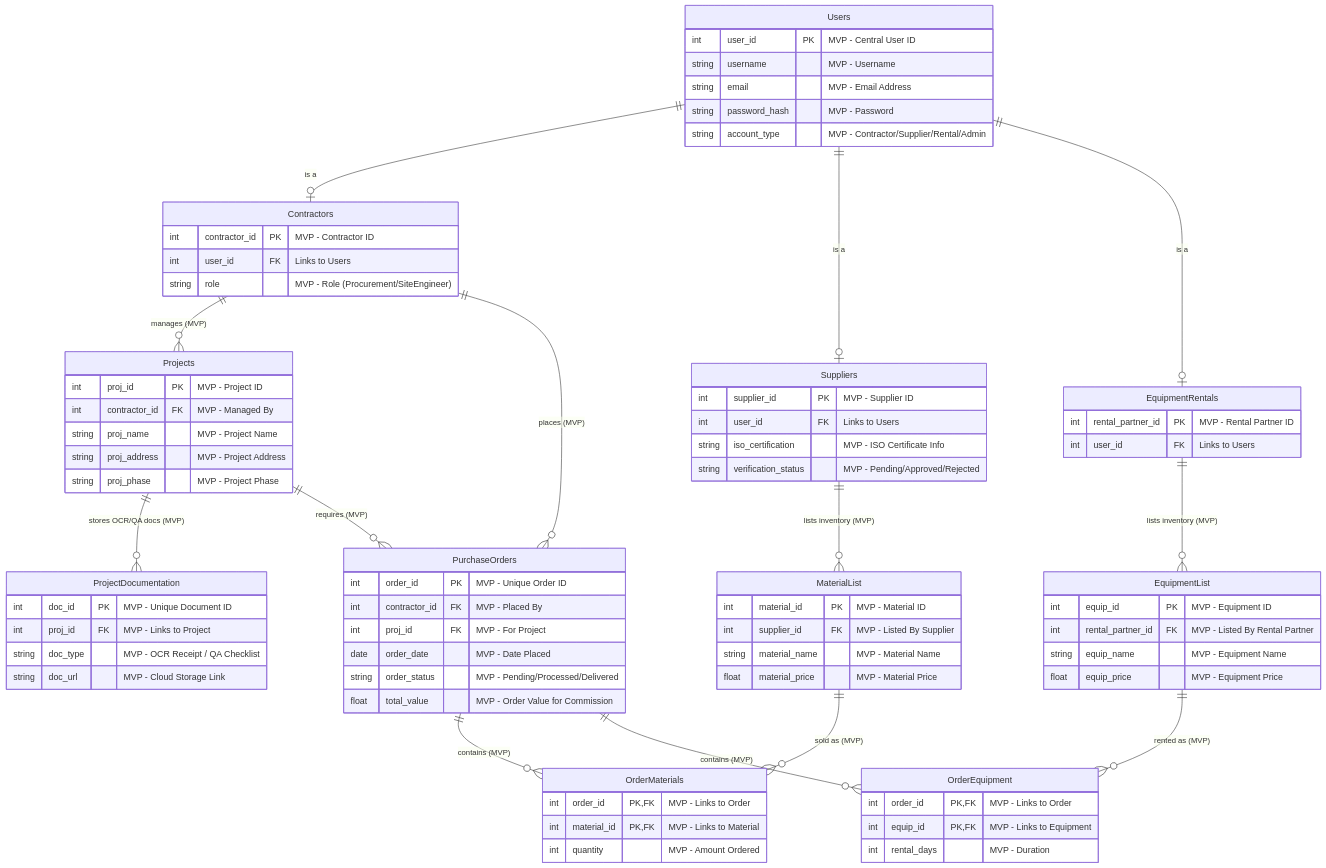
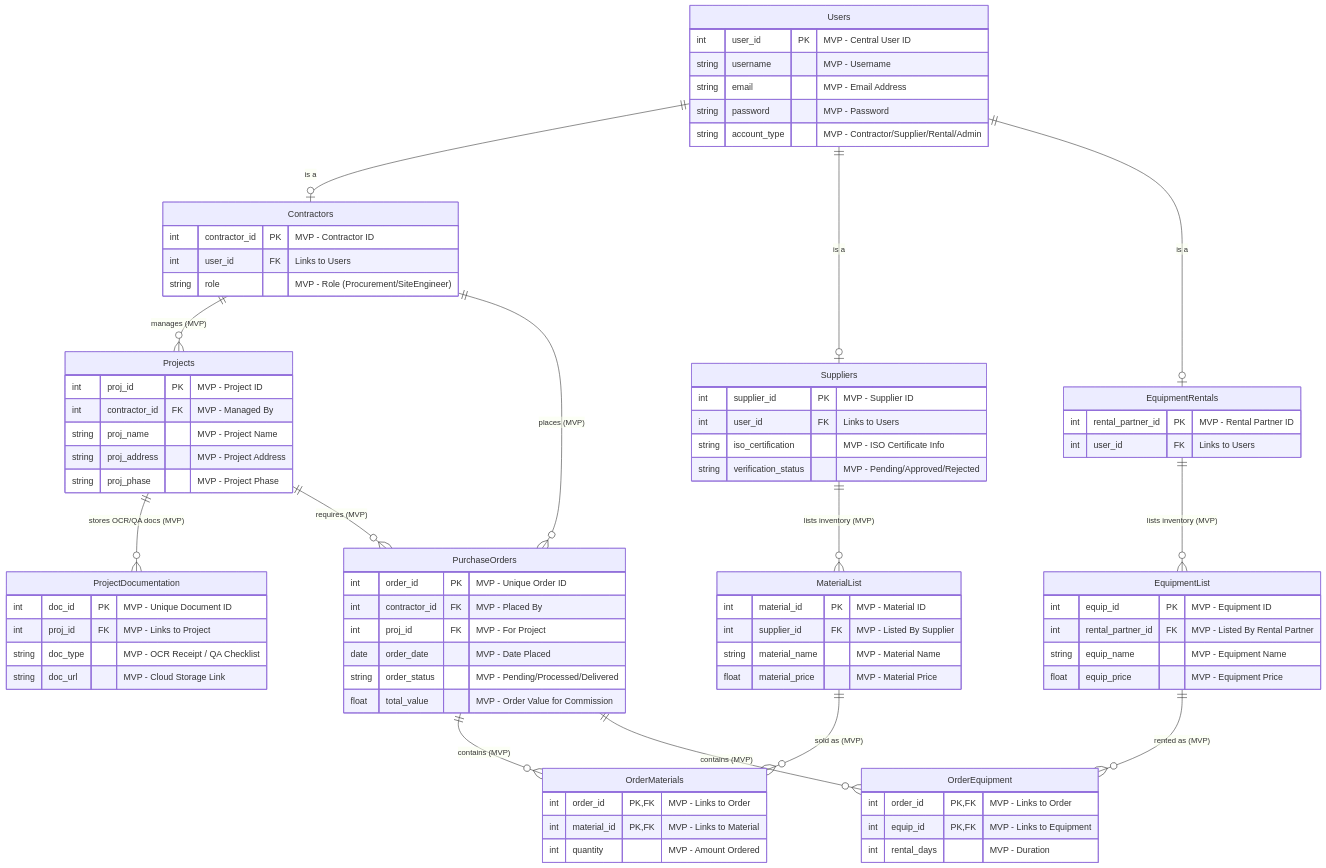
One commit to ryanlourentino/project-flow changed the diagram in ERDiagramMVP.md. Above: the diagram before and after it, drawn with Mermaid.

```diff
--- a/ERDiagramMVP.md
+++ b/ERDiagramMVP.md
@@ -7,7 +7,7 @@
         int user_id PK "MVP - Central User ID"
         string username "MVP - Username"
         string email "MVP - Email Address"
-        string password_hash "MVP - Password"
+        string password "MVP - Password"
         string account_type "MVP - Contractor/Supplier/Rental/Admin"
     }
 
```
